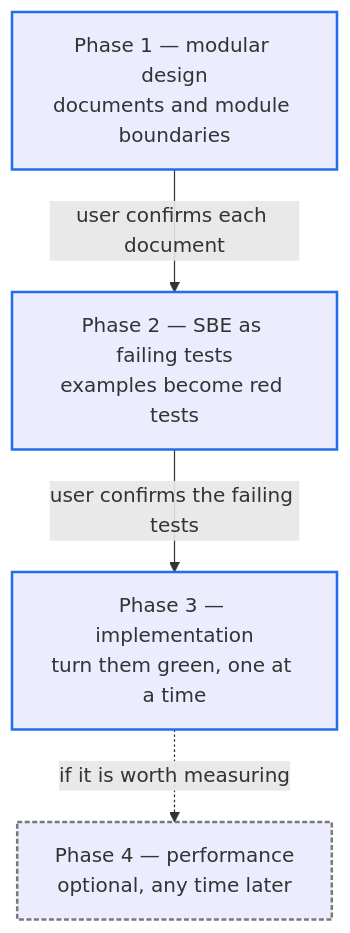
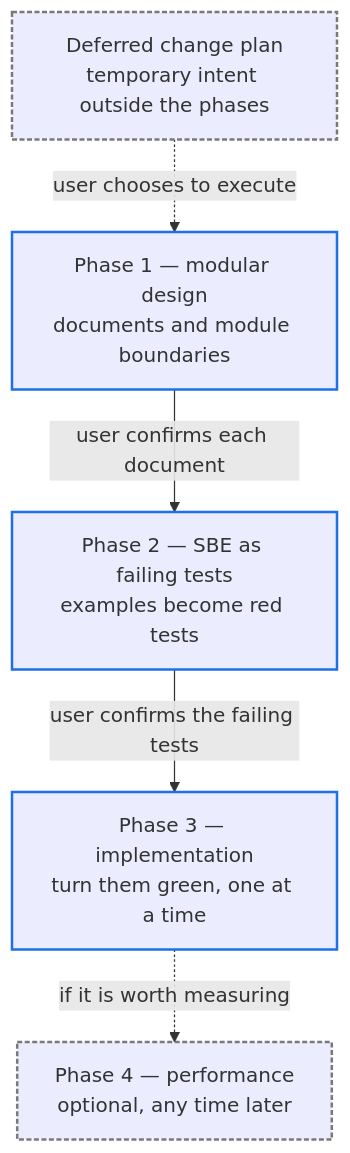
One commit to Aery9527/aery-marketplace changed the first of 2 diagrams in codex-plugins/aery-go-dev/skills/code-mereology/README.md. Above: the diagram before and after it, drawn with Mermaid. The commit also changed other lines of this file and 16 other files, not shown here.

````diff
--- a/codex-plugins/aery-go-dev/skills/code-mereology/README.md
+++ b/codex-plugins/aery-go-dev/skills/code-mereology/README.md
@@ -44,16 +47,18 @@
 ```mermaid
 flowchart TD
     Design["Phase 1 — modular design<br/>documents and module boundaries"]
     Spec["Phase 2 — SBE as failing tests<br/>examples become red tests"]
     Build["Phase 3 — implementation<br/>turn them green, one at a time"]
     Measure["Phase 4 — performance<br/>optional, any time later"]
+    Plan["Deferred change plan<br/>temporary intent outside the phases"]
 
+    Plan -.->|"user chooses to execute"| Design
     Design -->|"user confirms each document"| Spec
     Spec -->|"user confirms the failing tests"| Build
     Build -.->|"if it is worth measuring"| Measure
 
     classDef gated stroke:#1f6feb,stroke-width:2px
     classDef optional stroke:#797979,stroke-width:2px,stroke-dasharray:4 2
     class Design,Spec,Build gated
-    class Measure optional
+    class Measure,Plan optional
 ```
````
